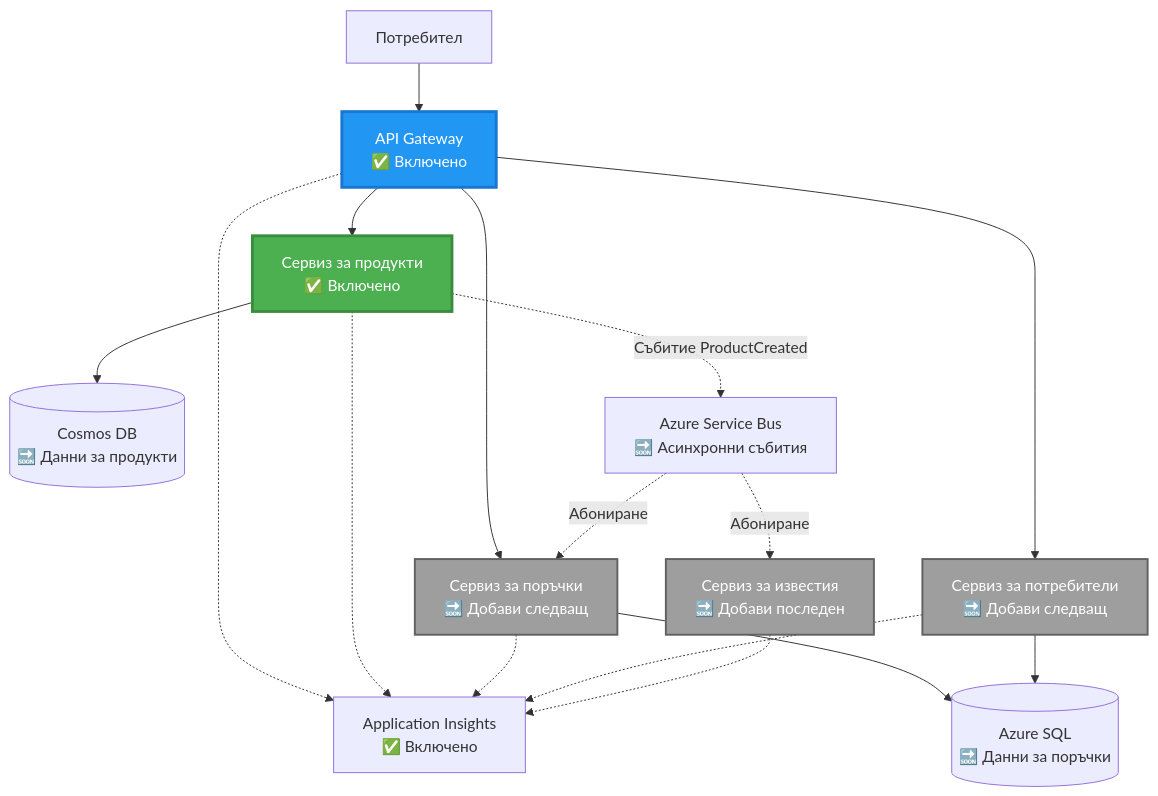
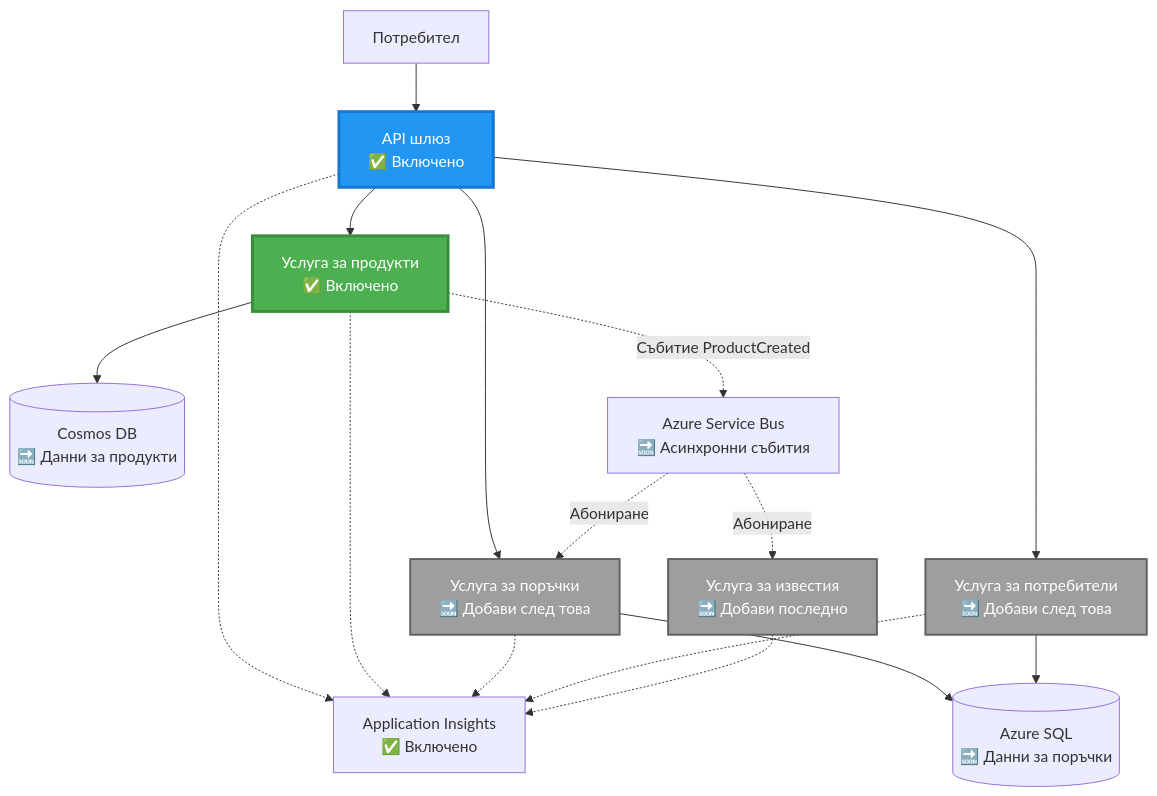
The second of 4 diagrams in translations/bg/examples/microservices/README.md (microsoft/AZD-for-beginners), drawn with Mermaid before and after one commit. The commit also changed other lines of this file and 242 other files, not shown here.

````diff
--- a/translations/bg/examples/microservices/README.md
+++ b/translations/bg/examples/microservices/README.md
@@ -78,39 +69,39 @@
 ```mermaid
 graph TB
     User[Потребител]
-    Gateway[API Gateway<br/>✅ Включено]
-    Product[Сервиз за продукти<br/>✅ Включено]
-    Order[Сервиз за поръчки<br/>🔜 Добави следващ]
-    UserSvc[Сервиз за потребители<br/>🔜 Добави следващ]
-    Notify[Сервиз за известия<br/>🔜 Добави последен]
+    Gateway[API шлюз<br/>✅ Включено]
+    Product[Услуга за продукти<br/>✅ Включено]
+    Order[Услуга за поръчки<br/>🔜 Добави след това]
+    UserSvc[Услуга за потребители<br/>🔜 Добави след това]
+    Notify[Услуга за известия<br/>🔜 Добави последно]
     
     CosmosDB[(Cosmos DB<br/>🔜 Данни за продукти)]
     AzureSQL[(Azure SQL<br/>🔜 Данни за поръчки)]
     ServiceBus[Azure Service Bus<br/>🔜 Асинхронни събития]
     AppInsights[Application Insights<br/>✅ Включено]
     
     User --> Gateway
     Gateway --> Product
     Gateway --> Order
     Gateway --> UserSvc
     
     Product --> CosmosDB
     Order --> AzureSQL
     UserSvc --> AzureSQL
     
     Product -.->|Събитие ProductCreated| ServiceBus
     ServiceBus -.->|Абониране| Notify
     ServiceBus -.->|Абониране| Order
     
     Gateway -.-> AppInsights
     Product -.-> AppInsights
     Order -.-> AppInsights
     UserSvc -.-> AppInsights
     Notify -.-> AppInsights
     
     style Product fill:#4CAF50,stroke:#388E3C,stroke-width:3px,color:#fff
     style Gateway fill:#2196F3,stroke:#1976D2,stroke-width:3px,color:#fff
     style Order fill:#9E9E9E,stroke:#616161,stroke-width:2px,color:#fff
     style UserSvc fill:#9E9E9E,stroke:#616161,stroke-width:2px,color:#fff
     style Notify fill:#9E9E9E,stroke:#616161,stroke-width:2px,color:#fff
 ```
````
